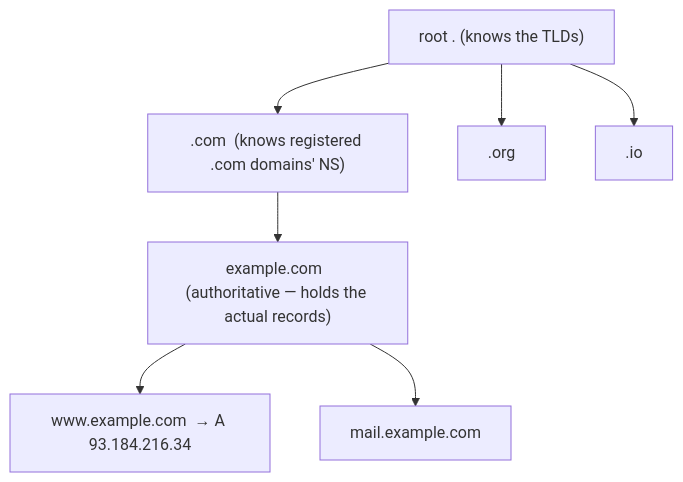
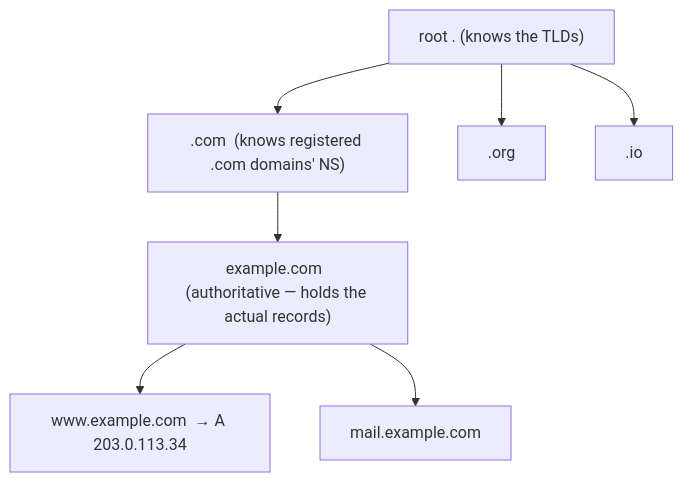
One commit to MR0100/java_book changed the second of 2 diagrams in content/L2-intermediate-backend/C03-networking-fundamentals/T04-dns-resolution-records.md. Above: the diagram before and after it, drawn with Mermaid. The commit also changed other lines of this file and 320 other files, not shown here.

````diff
--- a/content/L2-intermediate-backend/C03-networking-fundamentals/T04-dns-resolution-records.md
+++ b/content/L2-intermediate-backend/C03-networking-fundamentals/T04-dns-resolution-records.md
@@ -90,10 +90,10 @@
 ```mermaid
 flowchart TB
   Root["root  .  (knows the TLDs)"]
   Root --> Com[".com  (knows registered .com domains' NS)"]
   Root --> Org[".org"]
   Root --> Io[".io"]
   Com --> Ex["example.com  (authoritative — holds the actual records)"]
-  Ex --> WWW["www.example.com  → A 93.184.216.34"]
+  Ex --> WWW["www.example.com  → A 203.0.113.34"]
   Ex --> Mail["mail.example.com"]
 ```
````
